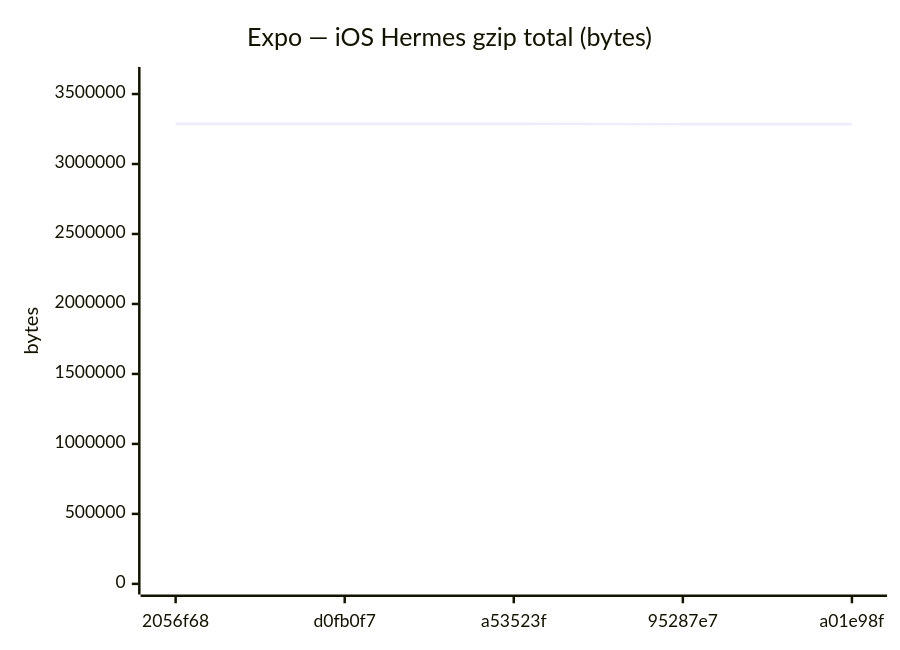
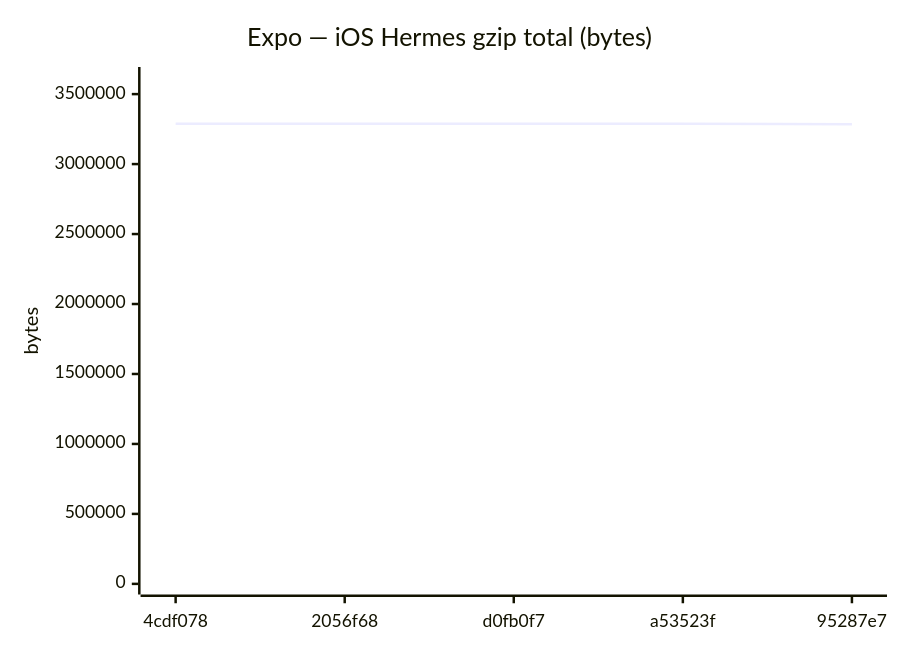
Before and after one commit to Metaheurist/Rianell: diagram 12 of 18 in benchmarks/compare.md, drawn with Mermaid. The commit also changed other lines of this file and 11 other files, not shown here.

````diff
--- a/benchmarks/compare.md
+++ b/benchmarks/compare.md
@@ -179,7 +179,7 @@
 ```mermaid
 xychart-beta
     title "Expo — iOS Hermes gzip total (bytes)"
-    x-axis ["2056f68", "d0fb0f7", "a53523f", "95287e7", "a01e98f"]
-    y-axis "bytes" 0 --> 3617100
-    line [3288270, 3288272, 3288270, 3283767, 3283770]
+    x-axis ["4cdf078", "2056f68", "d0fb0f7", "a53523f", "95287e7"]
+    y-axis "bytes" 0 --> 3617765
+    line [3288877, 3288270, 3288272, 3288270, 3283767]
 ```
````
